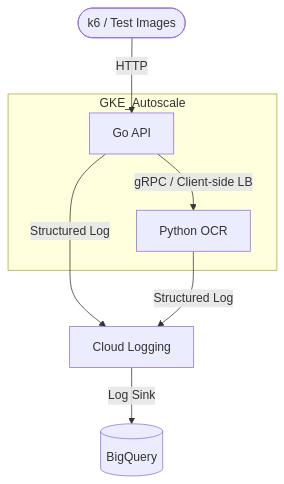
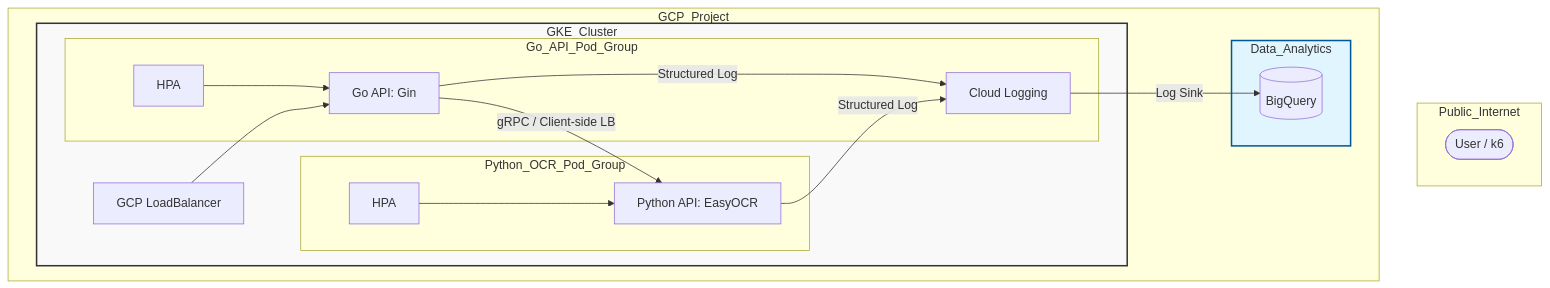
The diagram in README.md (wata123-t/GitHub_Actions_Test_3), drawn with Mermaid before and after one commit. The commit also changed other lines of this file, not shown here.

````diff
--- a/README.md
+++ b/README.md
@@ -81,14 +72,32 @@
 ```mermaid
-
 graph TD
-    User([k6 / Test Images]) -->|HTTP| Go[Go API]
-    Go -->|gRPC / Client-side LB| Py[Python OCR]
-    Go & Py -->|Structured Log| CL[Cloud Logging]
-    CL -->|Log Sink| BQ[(BigQuery)]
-    
-    subgraph GKE_Autoscale
-        Go
-        Py
+    subgraph Public_Internet
+        User([User / k6])
     end
 
+    subgraph GCP_Project
+        subgraph GKE_Cluster
+            LB[GCP LoadBalancer]
+            
+            subgraph Go_API_Pod_Group
+                HPA_Go[HPA] --> Go[Go API: Gin]
+                Go --> |Structured Log| CL[Cloud Logging]
+            end
+
+            subgraph Python_OCR_Pod_Group
+                HPA_Py[HPA] --> Py[Python API: EasyOCR]
+                Py --> |Structured Log| CL
+            end
+
+            LB --> Go
+            Go --> |gRPC / Client-side LB| Py
+        end
+
+        subgraph Data_Analytics
+            CL --> |Log Sink| BQ[(BigQuery)]
+        end
+    end
+
+    style GKE_Cluster fill:#f9f9f9,stroke:#333,stroke-width:2px
+    style Data_Analytics fill:#e1f5fe,stroke:#01579b,stroke-width:2px
 ```
````
